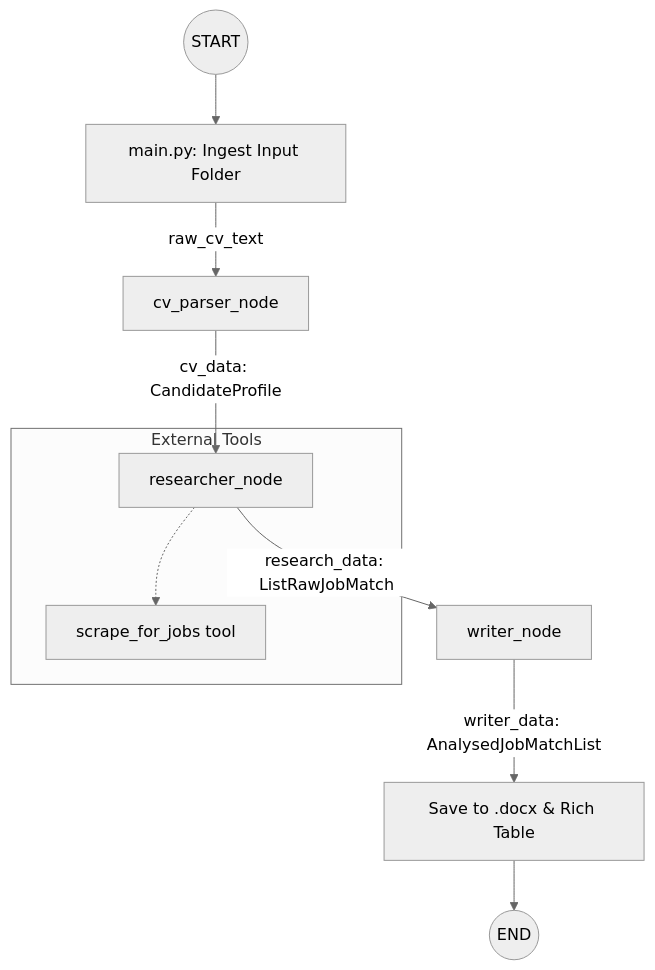
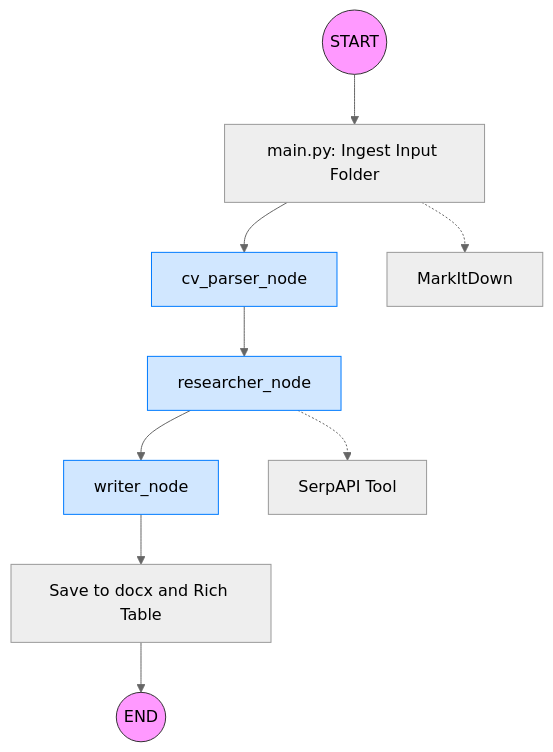
Before and after one commit to Ruyzambrano/agentic-job-search: the diagram in README.md, drawn with Mermaid (neutral theme). The commit also changed other lines of this file, not shown here.

````diff
--- a/README.md
+++ b/README.md
@@ -9,14 +11,18 @@
 ```mermaid
 graph TD
     Start((START)) --> Ingest[main.py: Ingest Input Folder]
-    Ingest -->|raw_cv_text| Parser[cv_parser_node]
-    Parser -->|cv_data: CandidateProfile| Researcher[researcher_node]
-    Researcher -->|research_data: ListRawJobMatch| Writer[writer_node]
-    Writer -->|writer_data: AnalysedJobMatchList| Output[Save to .docx & Rich Table]
+    Ingest --> Parser[cv_parser_node]
+    Parser --> Researcher[researcher_node]
+    Researcher --> Writer[writer_node]
+    Writer --> Output[Save to docx and Rich Table]
     Output --> End((END))
 
-    subgraph "External Tools"
-        Researcher -.-> SerpAPI[scrape_for_jobs tool]
-    end
+    Researcher -.-> SerpAPI[SerpAPI Tool]
+    Ingest -.-> MID[MarkItDown]
 
+    style Start fill:#f9f,stroke:#333
+    style End fill:#f9f,stroke:#333
+    style Parser fill:#d1e7ff,stroke:#007bff
+    style Researcher fill:#d1e7ff,stroke:#007bff
+    style Writer fill:#d1e7ff,stroke:#007bff
 ```
````
